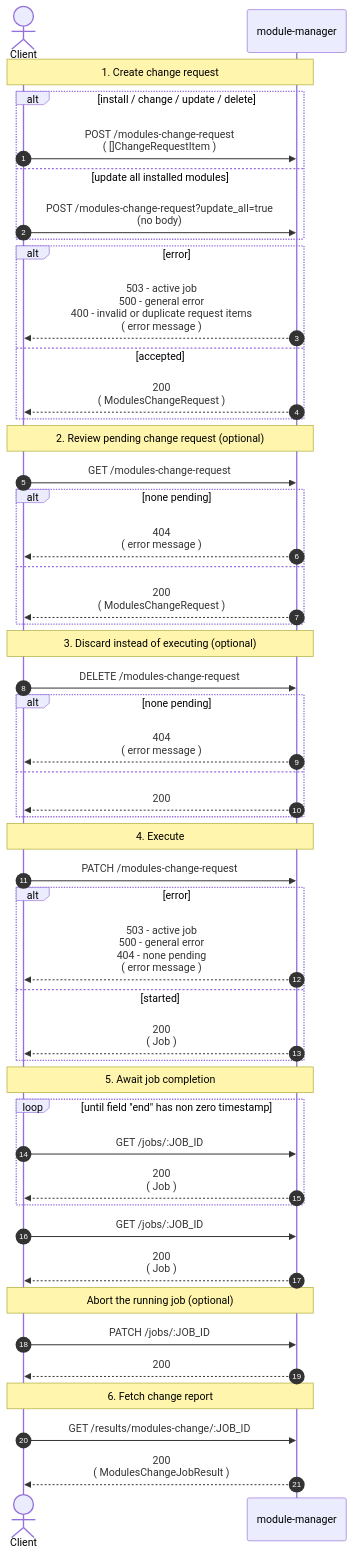
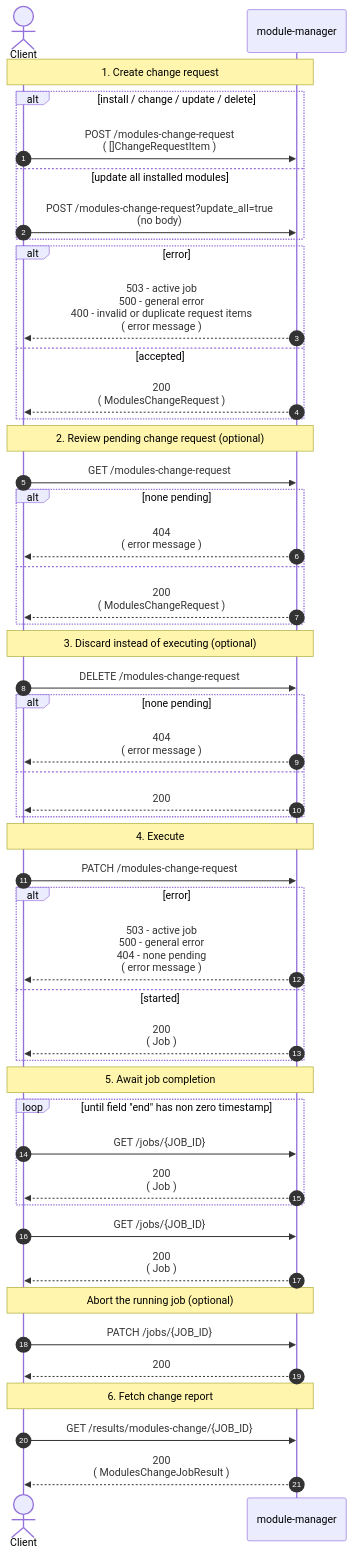
The second of 3 diagrams in README.md (SENERGY-Platform/mgw-module-manager), drawn with Mermaid before and after one commit. The commit also changed other lines of this file, not shown here.

````diff
--- a/README.md
+++ b/README.md
@@ -230,58 +230,58 @@
 ```mermaid
 sequenceDiagram
     autonumber
     actor C as Client
     participant API as module-manager
 
     Note over C,API: 1. Create change request
     alt install / change / update / delete
         C->>API: POST /modules-change-request<br/>( []ChangeRequestItem )
     else update all installed modules
         C->>API: POST /modules-change-request?update_all=true<br/>(no body)
     end
     alt error
         API-->>C: 503 - active job<br/>500 - general error<br/>400 - invalid or duplicate request items<br/>( error message )
     else accepted
         API-->>C: 200<br/>( ModulesChangeRequest )
     end
 
     Note over C,API: 2. Review pending change request (optional)
     C->>API: GET /modules-change-request
     alt none pending
         API-->>C: 404<br/>( error message )
     else
         API-->>C: 200<br/>( ModulesChangeRequest )
     end
 
     Note over C,API: 3. Discard instead of executing (optional)
     C->>API: DELETE /modules-change-request
     alt none pending
         API-->>C: 404<br/>( error message )
     else
         API-->>C: 200
     end
 
     Note over C,API: 4. Execute
     C->>API: PATCH /modules-change-request
     alt error
         API-->>C: 503 - active job<br/>500 - general error<br/>404 - none pending<br/>( error message )
     else started
         API-->>C: 200<br/>( Job )
     end
 
     Note over C,API: 5. Await job completion
     loop until field "end" has non zero timestamp
-        C->>API: GET /jobs/:JOB_ID
+        C->>API: GET /jobs/{JOB_ID}
         API-->>C: 200<br/>( Job )
     end
-    C->>API: GET /jobs/:JOB_ID
+    C->>API: GET /jobs/{JOB_ID}
     API-->>C: 200<br/>( Job )
 
     Note over C,API: Abort the running job (optional)
-    C->>API: PATCH /jobs/:JOB_ID
+    C->>API: PATCH /jobs/{JOB_ID}
     API-->>C: 200
 
     Note over C,API: 6. Fetch change report
-    C->>API: GET /results/modules-change/:JOB_ID
+    C->>API: GET /results/modules-change/{JOB_ID}
     API-->>C: 200<br/>( ModulesChangeJobResult )
 ```
````
